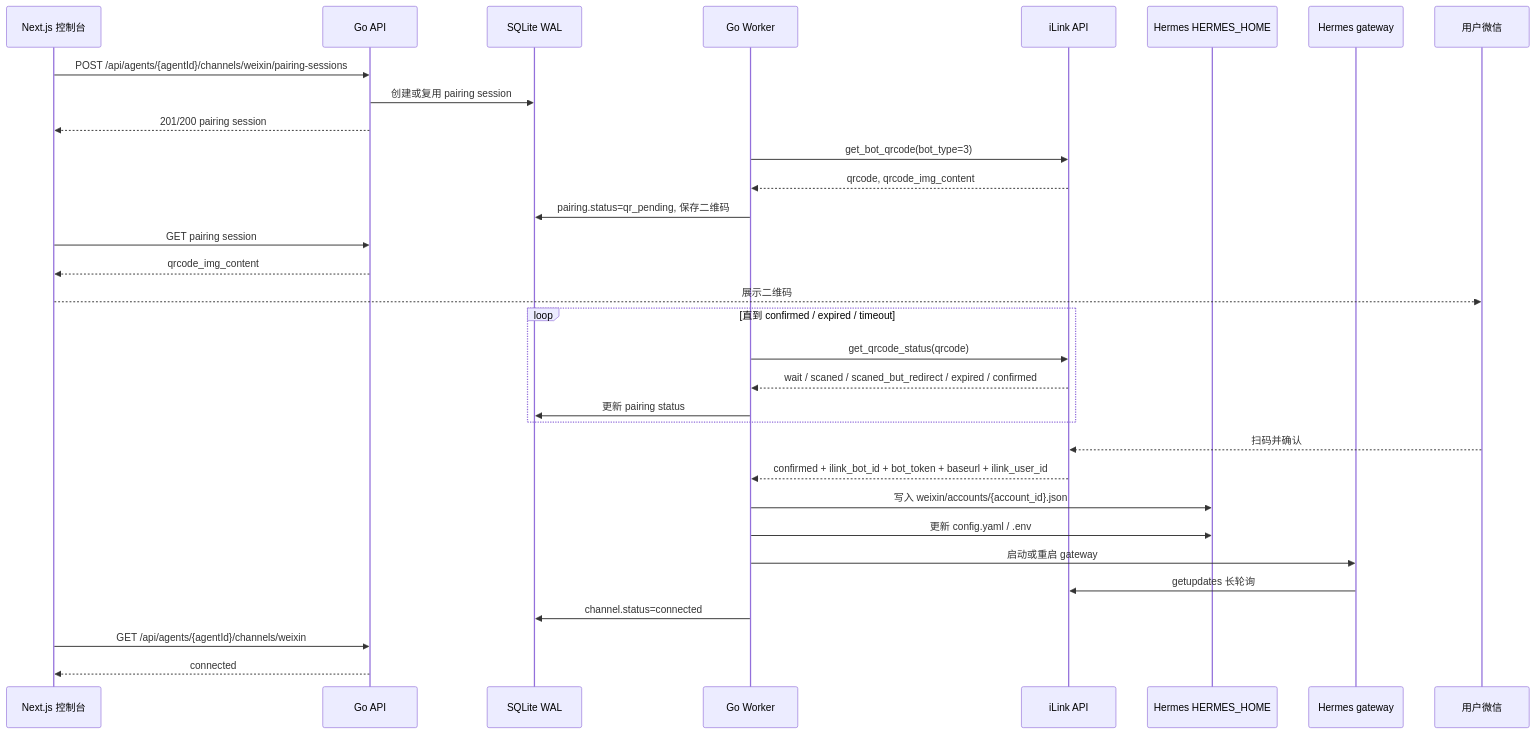
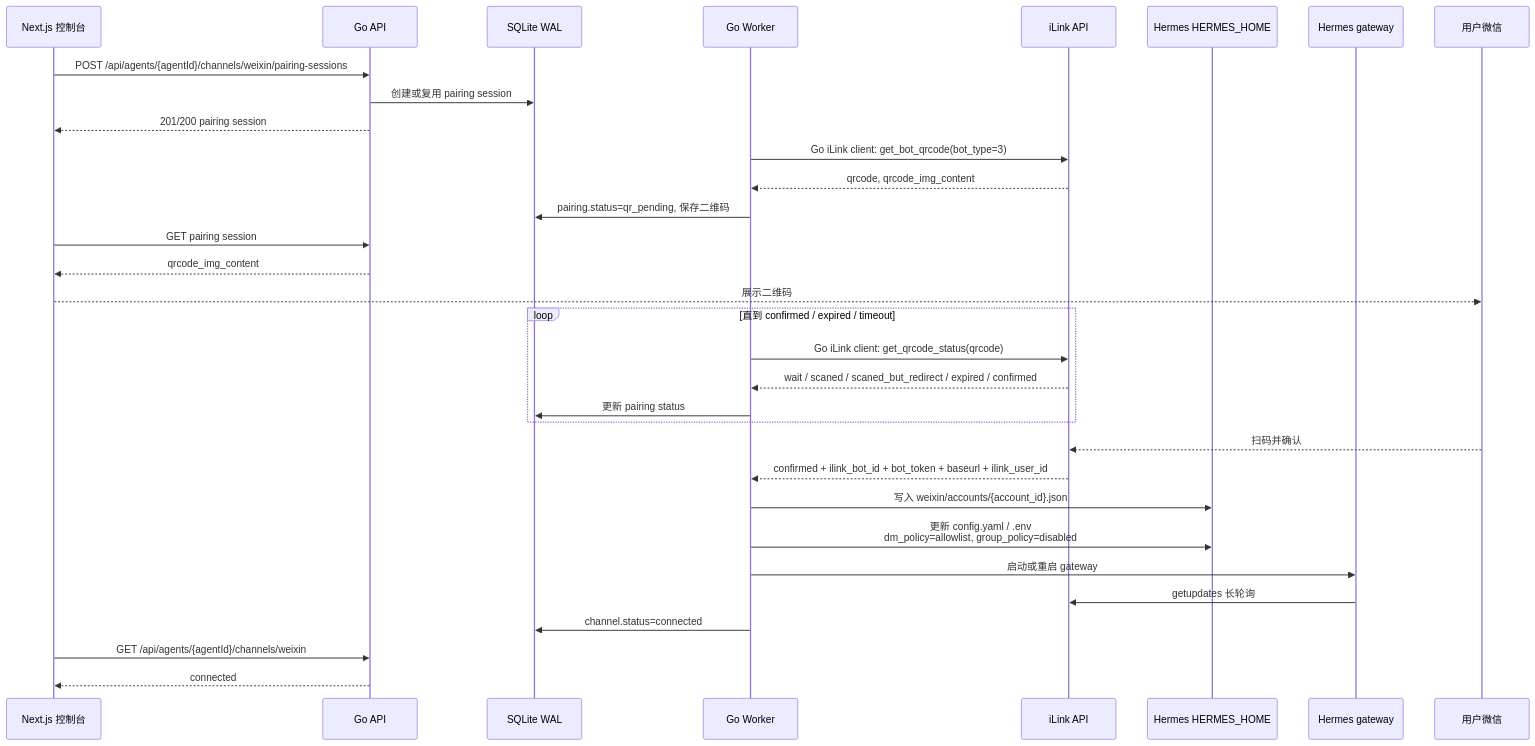
One commit to tenqaz/agentForge changed the second of 3 diagrams in docs/superpowers/specs/2026-06-12-agentforge-mvp-design.md. Above: the diagram before and after it, drawn with Mermaid. The commit also changed other lines of this file, not shown here.

Commit message:
Specify jobs storage and Go Weixin client

````diff
--- a/docs/superpowers/specs/2026-06-12-agentforge-mvp-design.md
+++ b/docs/superpowers/specs/2026-06-12-agentforge-mvp-design.md
@@ -353,35 +505,35 @@
 ```mermaid
 sequenceDiagram
     participant UI as Next.js 控制台
     participant API as Go API
     participant DB as SQLite WAL
     participant W as Go Worker
     participant IX as iLink API
     participant H as Hermes HERMES_HOME
     participant G as Hermes gateway
     participant WX as 用户微信
 
     UI->>API: POST /api/agents/{agentId}/channels/weixin/pairing-sessions
     API->>DB: 创建或复用 pairing session
     API-->>UI: 201/200 pairing session
-    W->>IX: get_bot_qrcode(bot_type=3)
+    W->>IX: Go iLink client: get_bot_qrcode(bot_type=3)
     IX-->>W: qrcode, qrcode_img_content
     W->>DB: pairing.status=qr_pending, 保存二维码
     UI->>API: GET pairing session
     API-->>UI: qrcode_img_content
     UI-->>WX: 展示二维码
     loop 直到 confirmed / expired / timeout
-        W->>IX: get_qrcode_status(qrcode)
+        W->>IX: Go iLink client: get_qrcode_status(qrcode)
         IX-->>W: wait / scaned / scaned_but_redirect / expired / confirmed
         W->>DB: 更新 pairing status
     end
     WX-->>IX: 扫码并确认
     IX-->>W: confirmed + ilink_bot_id + bot_token + baseurl + ilink_user_id
     W->>H: 写入 weixin/accounts/{account_id}.json
-    W->>H: 更新 config.yaml / .env
+    W->>H: 更新 config.yaml / .env<br/>dm_policy=allowlist, group_policy=disabled
     W->>G: 启动或重启 gateway
     G->>IX: getupdates 长轮询
     W->>DB: channel.status=connected
     UI->>API: GET /api/agents/{agentId}/channels/weixin
     API-->>UI: connected
 ```
````
